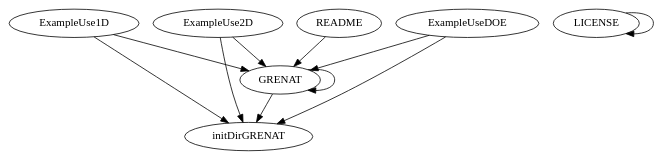
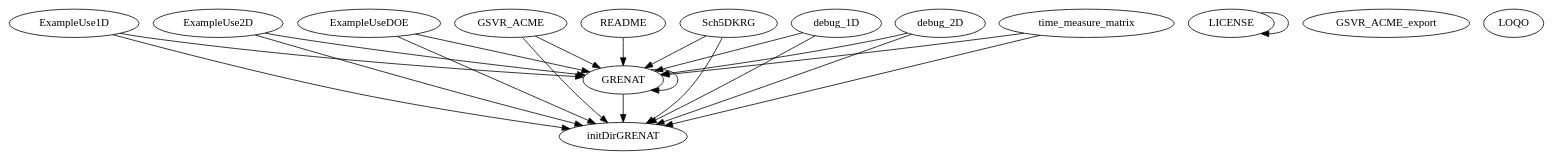
One commit to luclaurent/GRENAT changed the diagram in doc/GRENAT/graph.dot. Above: the diagram before and after it, drawn with Graphviz. The commit also changed 178 other files, not shown here.

```diff
--- a/doc/GRENAT/graph.dot
+++ b/doc/GRENAT/graph.dot
@@ -1,21 +1,38 @@
 /* Created by mdot for Matlab */
 digraph m2html {
   ExampleUse1D -> GRENAT;
   ExampleUse1D -> initDirGRENAT;
   ExampleUse2D -> GRENAT;
   ExampleUse2D -> initDirGRENAT;
   ExampleUseDOE -> GRENAT;
   ExampleUseDOE -> initDirGRENAT;
   GRENAT -> GRENAT;
   GRENAT -> initDirGRENAT;
+  GSVR_ACME -> GRENAT;
+  GSVR_ACME -> initDirGRENAT;
   LICENSE -> LICENSE;
   README -> GRENAT;
+  Sch5DKRG -> GRENAT;
+  Sch5DKRG -> initDirGRENAT;
+  debug_1D -> GRENAT;
+  debug_1D -> initDirGRENAT;
+  debug_2D -> GRENAT;
+  debug_2D -> initDirGRENAT;
+  time_measure_matrix -> GRENAT;
+  time_measure_matrix -> initDirGRENAT;
 
   ExampleUse1D [URL="ExampleUse1D.html"];
   ExampleUse2D [URL="ExampleUse2D.html"];
   ExampleUseDOE [URL="ExampleUseDOE.html"];
   GRENAT [URL="GRENAT.html"];
+  GSVR_ACME [URL="GSVR_ACME.html"];
+  GSVR_ACME_export [URL="GSVR_ACME_export.html"];
   LICENSE [URL="LICENSE.html"];
+  LOQO [URL="LOQO.html"];
   README [URL="README.html"];
+  Sch5DKRG [URL="Sch5DKRG.html"];
+  debug_1D [URL="debug_1D.html"];
+  debug_2D [URL="debug_2D.html"];
   initDirGRENAT [URL="initDirGRENAT.html"];
+  time_measure_matrix [URL="time_measure_matrix.html"];
 }
```
